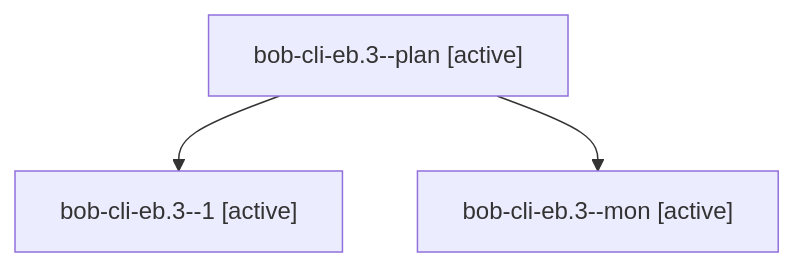
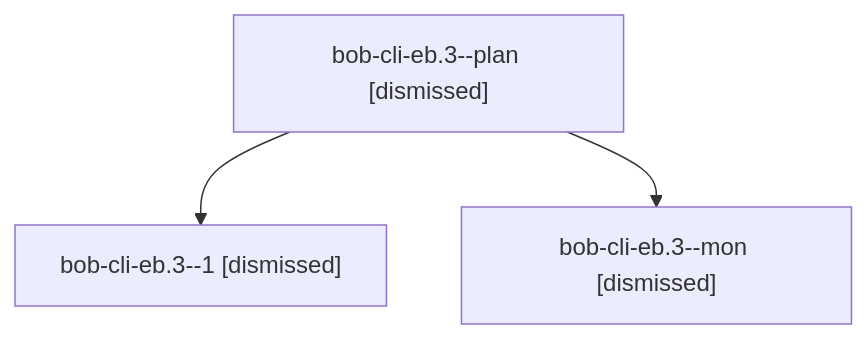
The diagram in sessions/bbugyi200.apollo.bob-cli-eb.3.md (bobs-org/bob-cli--agents), drawn with Mermaid before and after one commit. The commit also changed other lines of this file and 256 other files, not shown here.

````diff
--- a/sessions/bbugyi200.apollo.bob-cli-eb.3.md
+++ b/sessions/bbugyi200.apollo.bob-cli-eb.3.md
@@ -9,8 +9,8 @@
 ```mermaid
 flowchart TD
-  n0["bob-cli-eb.3--plan [active]"]
-  n1["bob-cli-eb.3--1 [active]"]
+  n0["bob-cli-eb.3--plan [dismissed]"]
+  n1["bob-cli-eb.3--1 [dismissed]"]
   n0 --> n1
-  n2["bob-cli-eb.3--mon [active]"]
+  n2["bob-cli-eb.3--mon [dismissed]"]
   n0 --> n2
 ```
````
